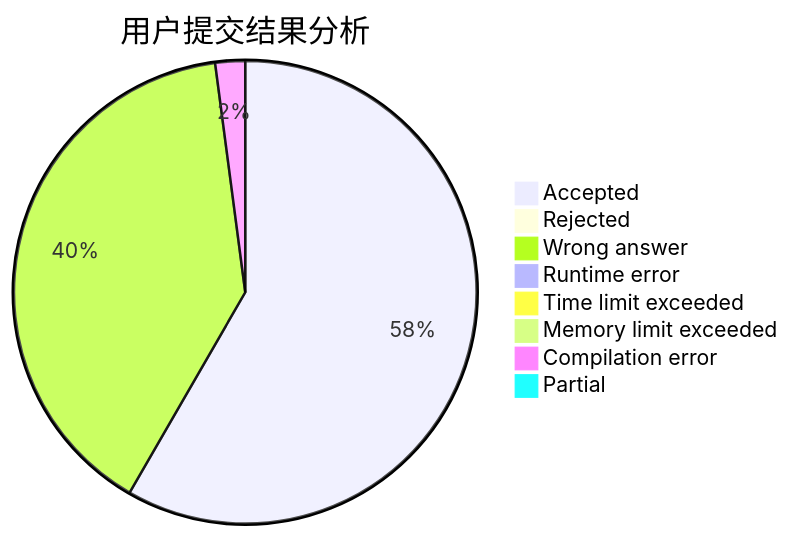
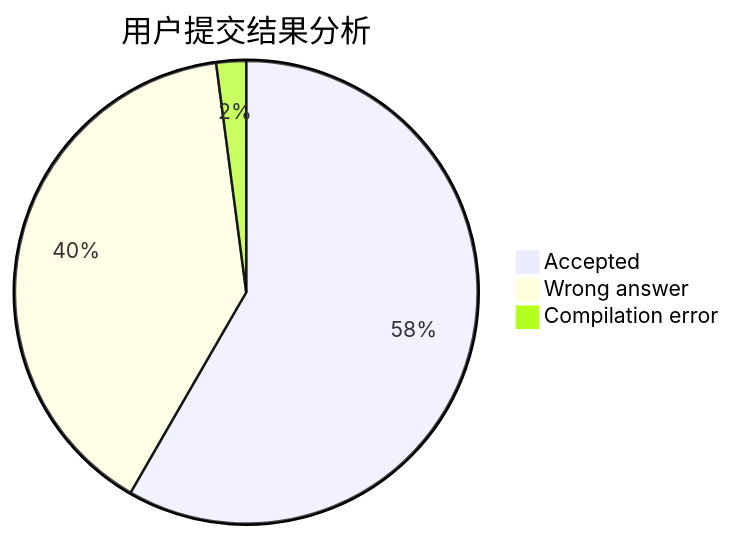
The first of 3 diagrams in docs/user/u913.md (sherpahu/cfrs.github.io), drawn with Mermaid before and after one commit. The commit also changed other lines of this file and 2770 other files, not shown here.

````diff
--- a/docs/user/u913.md
+++ b/docs/user/u913.md
@@ -5,11 +5,6 @@
 ```mermaid
 pie title 用户提交结果分析
     "Accepted" :  28
-    "Rejected" :  0
     "Wrong answer" :  19
-    "Runtime error" :  0
-    "Time limit exceeded" :  0
-    "Memory limit exceeded" :  0
     "Compilation error" :  1
-    "Partial" :  0
 ```
````
